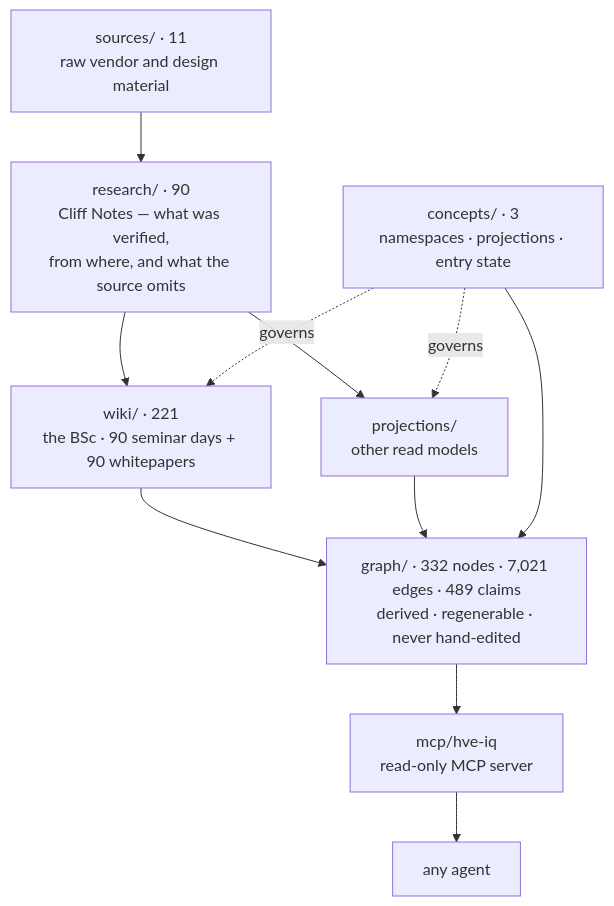
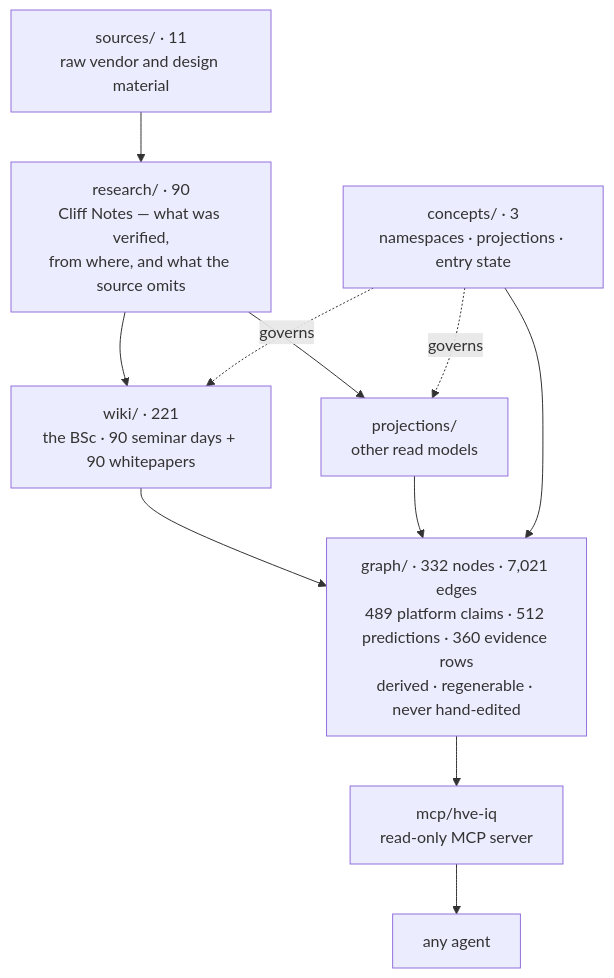
One commit to venturemavenwill/high-velocity-engineering changed the diagram in README.md. Above: the diagram before and after it, drawn with Mermaid. The commit also changed other lines of this file and 10 other files, not shown here.

First line of the commit message:
claim extraction for the remaining namespaces: 512 predictions, 360 evidence rows

````diff
--- a/README.md
+++ b/README.md
@@ -13,14 +13,14 @@
 ```mermaid
 flowchart TD
   S["sources/ · 11<br/>raw vendor and design material"] --> R
   R["research/ · 90<br/>Cliff Notes — what was verified,<br/>from where, and what the source omits"] --> W
   R --> P
   W["wiki/ · 221<br/>the BSc · 90 seminar days + 90 whitepapers"]
   P["projections/<br/>other read models"]
   C["concepts/ · 3<br/>namespaces · projections · entry state"] -.governs.-> W
   C -.governs.-> P
   W --> G
   P --> G
   C --> G
-  G["graph/ · 332 nodes · 7,021 edges · 489 claims<br/>derived · regenerable · never hand-edited"] --> M["mcp/hve-iq<br/>read-only MCP server"] --> A["any agent"]
+  G["graph/ · 332 nodes · 7,021 edges<br/>489 platform claims · 512 predictions · 360 evidence rows<br/>derived · regenerable · never hand-edited"] --> M["mcp/hve-iq<br/>read-only MCP server"] --> A["any agent"]
 ```
````
